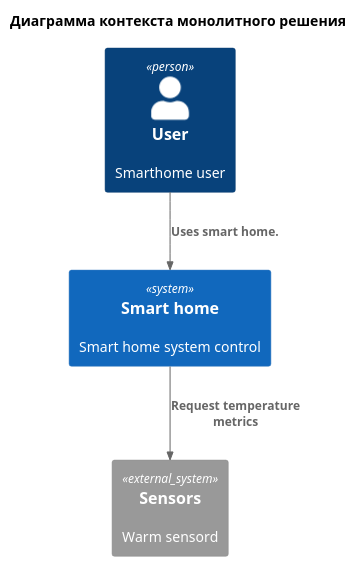
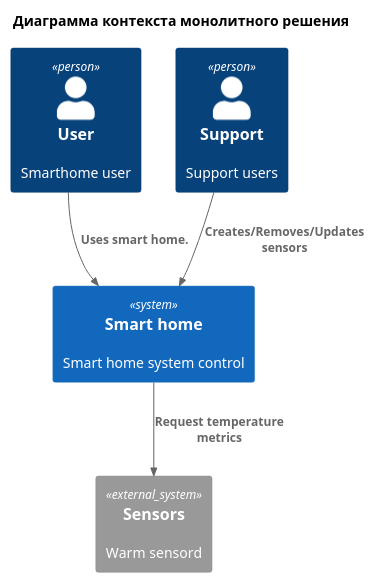
The diagram in schemas/context/monolit.puml (Yurtaevtv/architector-pro-warmhouse), drawn with PlantUML before and after one commit. The commit also changed 2 other files, not shown here.

```diff
--- a/schemas/context/monolit.puml
+++ b/schemas/context/monolit.puml
@@ -1,17 +1,19 @@
 @startuml
 
 title Диаграмма контекста монолитного решения
 
 top to bottom direction
 
 !includeurl https://raw.githubusercontent.com/RicardoNiepel/C4-PlantUML/master/C4_Component.puml
 
 Person(user, "User", "Smarthome user")
+Person(support, "Support", "Support users")
 System(SmartHome, "Smart home", "Smart home system control")
 System_Ext(sensors, "Sensors", "Warm sensord")
 
 
 Rel(SmartHome, sensors,  "Request temperature metrics")
 Rel(user, SmartHome,  "Uses smart home. ")
+Rel(support, SmartHome,  "Creates/Removes/Updates sensors")
 
 @enduml
```
